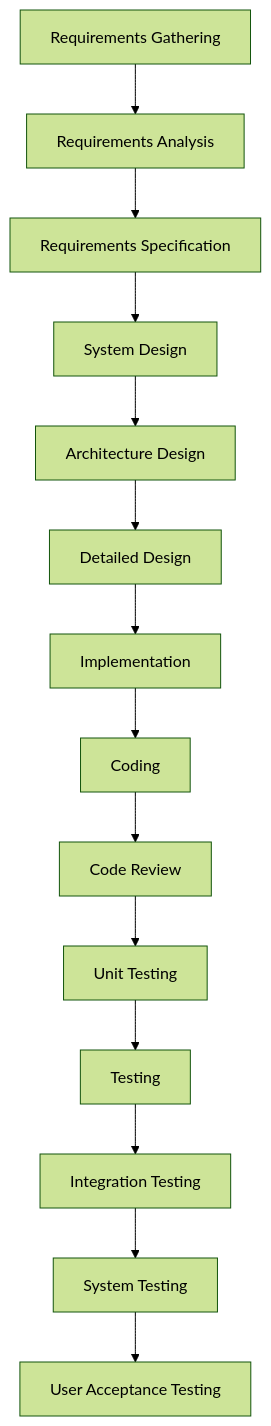
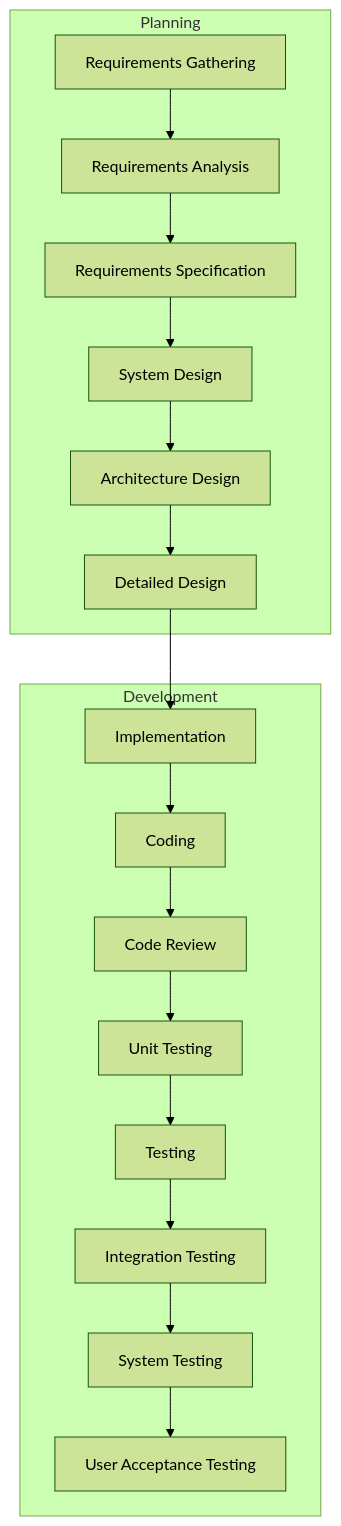
One commit to isauravmanitripathi/Animate-Mermaid-Chart changed diagram 14 of 54 in temp-charts/flowchart_sequence/README.md. Above: the diagram before and after it, drawn with Mermaid (forest theme). The commit also changed other lines of this file and 58 other files, not shown here.

Commit message:
added proper working diagrams

````diff
--- a/temp-charts/flowchart_sequence/README.md
+++ b/temp-charts/flowchart_sequence/README.md
@@ -163,16 +310,36 @@
 ```mermaid
 flowchart TD
-A[Requirements Gathering] --> A1[Requirements Analysis]
-A1 --> A2[Requirements Specification]
-A2 --> B[System Design]
-B --> B1[Architecture Design]
-B1 --> B2[Detailed Design]
-B2 --> C[Implementation]
-C --> C1[Coding]
-C1 --> C2[Code Review]
-C2 --> C3[Unit Testing]
-C3 --> D[Testing]
-D --> D1[Integration Testing]
-D1 --> D2[System Testing]
-D2 --> D3[User Acceptance Testing]
+    A[Requirements Gathering] --> A1[Requirements Analysis]
+    A1 --> A2[Requirements Specification]
+    A2 --> B[System Design]
+    B --> B1[Architecture Design]
+    B1 --> B2[Detailed Design]
+    B2 --> C[Implementation]
+    C --> C1[Coding]
+    C1 --> C2[Code Review]
+    C2 --> C3[Unit Testing]
+    C3 --> D[Testing]
+    D --> D1[Integration Testing]
+    D1 --> D2[System Testing]
+    D2 --> D3[User Acceptance Testing]
+
+subgraph Planning
+A
+A1
+A2
+B
+B1
+B2
+end
+
+subgraph Development
+C
+C1
+C2
+C3
+D
+D1
+D2
+D3
+end
 ```
````
